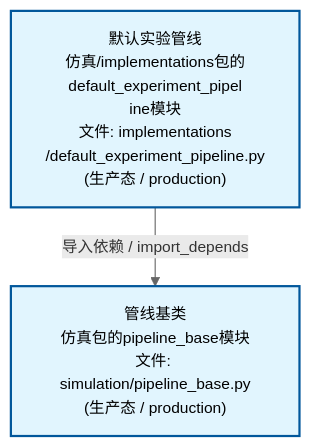
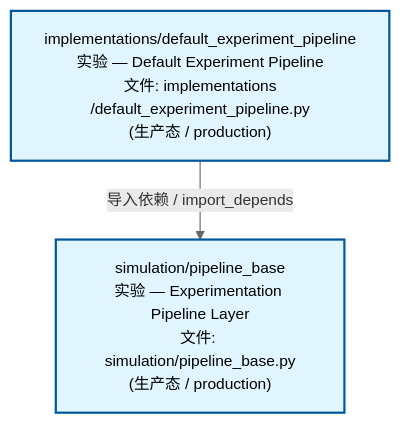
Before and after one commit to xuanFelixVan/ZephyrAlpha: the second of 4 diagrams in docs/02_enterprise_architecture/02_domain_architecture_docs/70_d_simulation.md, drawn with Mermaid. The commit also changed other lines of this file and 58 other files, not shown here.

````diff
--- a/docs/02_enterprise_architecture/02_domain_architecture_docs/70_d_simulation.md
+++ b/docs/02_enterprise_architecture/02_domain_architecture_docs/70_d_simulation.md
@@ -95,12 +95,12 @@
 ```mermaid
 %%{init: {'theme': 'base', 'themeVariables': {'primaryColor': '#eaeaea', 'primaryTextColor': '#333333', 'primaryBorderColor': '#666666', 'lineColor': '#666666', 'secondaryColor': '#eaeaea', 'tertiaryColor': '#eaeaea', 'fontSize': '14px'}}}%%
 flowchart TD
-    src_zephyr_simulation_implementations_default_experiment_pipeline_py["默认实验管线<br/>仿真/implementations包的default_experiment_pipel<br/>ine模块<br/>文件: implementations<br/>/default_experiment_pipeline.py<br/>(生产态 / production)"]
-    src_zephyr_simulation_pipeline_base_py["管线基类<br/>仿真包的pipeline_base模块<br/>文件: simulation/pipeline_base.py<br/>(生产态 / production)"]
+    src_zephyr_simulation_implementations_default_experiment_pipeline_py["implementations/default_experiment_pipeline<br/>实验 — Default Experiment Pipeline<br/>文件: implementations<br/>/default_experiment_pipeline.py<br/>(生产态 / production)"]
+    src_zephyr_simulation_pipeline_base_py["simulation/pipeline_base<br/>实验 — Experimentation Pipeline Layer<br/>文件: simulation/pipeline_base.py<br/>(生产态 / production)"]
     src_zephyr_simulation_implementations_default_experiment_pipeline_py -->|导入依赖 / import_depends| src_zephyr_simulation_pipeline_base_py
     classDef production fill:#e1f5fe,stroke:#01579b,stroke-width:2px,color:#000
     classDef design fill:#fff3e0,stroke:#e65100,stroke-width:2px,color:#000,stroke-dasharray: 5 5
     classDef external_prod fill:#e8f4fd,stroke:#0277bd,stroke-width:1px,color:#000
     classDef external_design fill:#fff8e7,stroke:#ef6c00,stroke-width:1px,color:#000,stroke-dasharray: 5 5
     class src_zephyr_simulation_implementations_default_experiment_pipeline_py,src_zephyr_simulation_pipeline_base_py production
 ```
````
